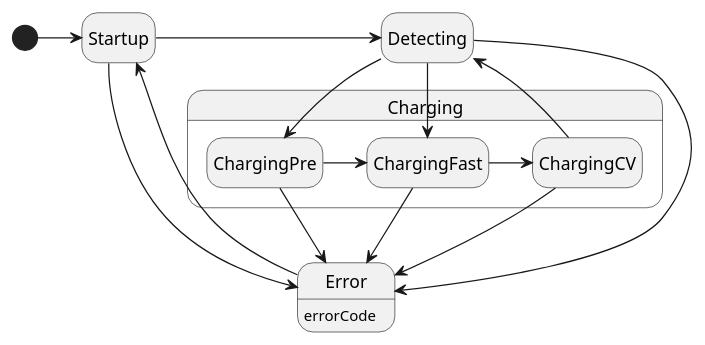
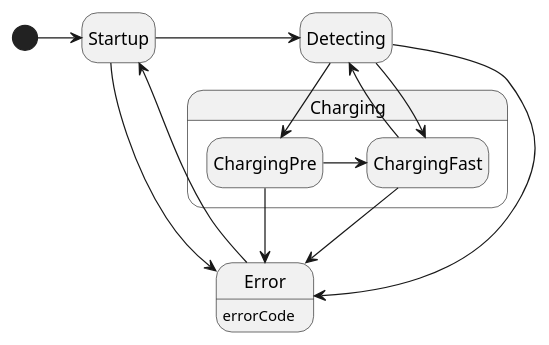
One commit to X-Green/SmartTBBatteryCharger changed the diagram in docs/StateMachine.puml. Above: the diagram before and after it, drawn with PlantUML. The commit also changed 2 other files, not shown here.

```diff
--- a/docs/StateMachine.puml
+++ b/docs/StateMachine.puml
@@ -1,34 +1,31 @@
 @startuml
 
 hide empty description
 
 [*] -> Startup
 
 Startup -> Detecting
 
 state Charging {
 ChargingPre -> ChargingFast
-
-ChargingFast -> ChargingCV
 }
 
 Detecting --> ChargingPre
 Detecting --> ChargingFast
-ChargingCV --> Detecting
+ChargingFast --> Detecting
 
 
 Error : errorCode
 ChargingPre --> Error
 ChargingFast --> Error
-ChargingCV --> Error
 
 Detecting --> Error
 
 Startup --> Error
 Error --> Startup
 
 
 
 
 
 @enduml
```
